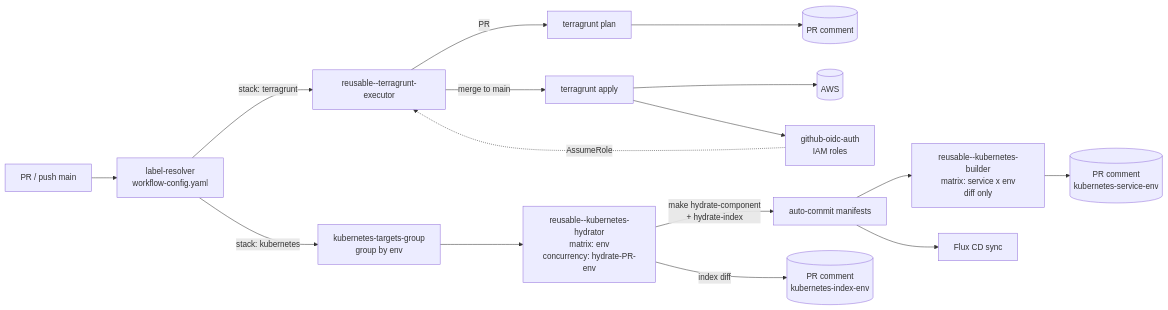
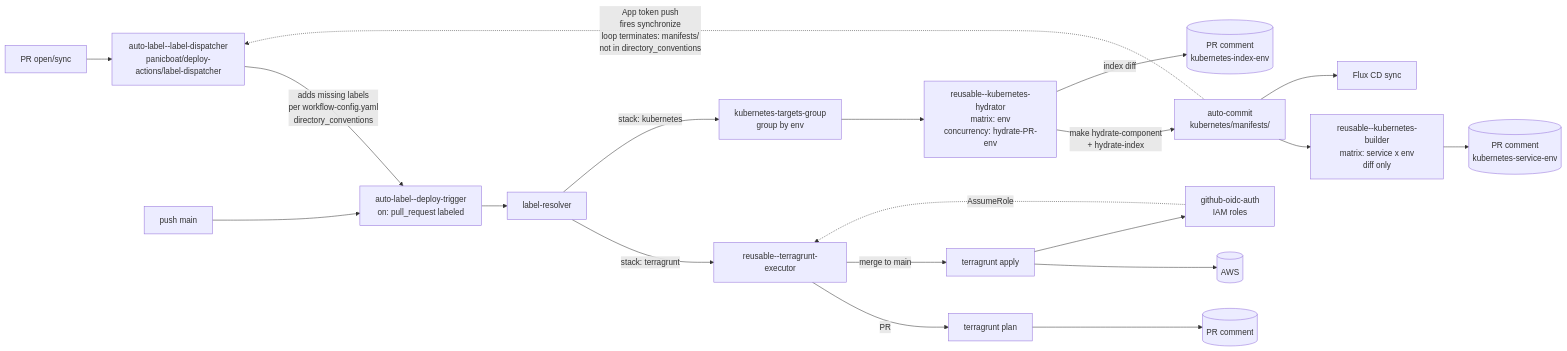
One commit to panicboat/platform changed the diagram in README-ja.md. Above: the diagram before and after it, drawn with Mermaid. The commit also changed other lines of this file and 1 other file, not shown here.

Commit message:
docs(readme): inline label-dispatcher flow including synchronize feedback edge

````diff
--- a/README-ja.md
+++ b/README-ja.md
@@ -55,18 +55,22 @@
 ```mermaid
 flowchart LR
-  Trigger[PR / push main] --> Resolver[label-resolver<br/>workflow-config.yaml]
+  PRevent[PR open/sync] --> Dispatcher[auto-label--label-dispatcher<br/>panicboat/deploy-actions/label-dispatcher]
+  Dispatcher -->|adds missing labels<br/>per workflow-config.yaml<br/>directory_conventions| Trigger[auto-label--deploy-trigger<br/>on: pull_request labeled]
+  Mainpush[push main] --> Trigger
+  Trigger --> Resolver[label-resolver]
   Resolver -->|stack: terragrunt| TG[reusable--terragrunt-executor]
   TG -->|PR| Plan[terragrunt plan]
   TG -->|merge to main| Apply[terragrunt apply]
   Plan --> PRComment[(PR comment)]
   Apply --> AWS[(AWS)]
   Apply --> OIDC[github-oidc-auth<br/>IAM roles]
   OIDC -.->|AssumeRole| TG
   Resolver -->|stack: kubernetes| Group[kubernetes-targets-group<br/>group by env]
   Group --> Hydrator[reusable--kubernetes-hydrator<br/>matrix: env<br/>concurrency: hydrate-PR-env]
-  Hydrator -->|make hydrate-component<br/>+ hydrate-index| Commit[auto-commit manifests]
+  Hydrator -->|make hydrate-component<br/>+ hydrate-index| Commit[auto-commit<br/>kubernetes/manifests/]
   Hydrator -->|index diff| IndexComment[(PR comment<br/>kubernetes-index-env)]
   Commit --> Builder[reusable--kubernetes-builder<br/>matrix: service x env<br/>diff only]
   Builder --> CompComment[(PR comment<br/>kubernetes-service-env)]
   Commit --> FluxCD[Flux CD sync]
+  Commit -.->|App token push<br/>fires synchronize<br/>loop terminates: manifests/<br/>not in directory_conventions| Dispatcher
 ```
````
